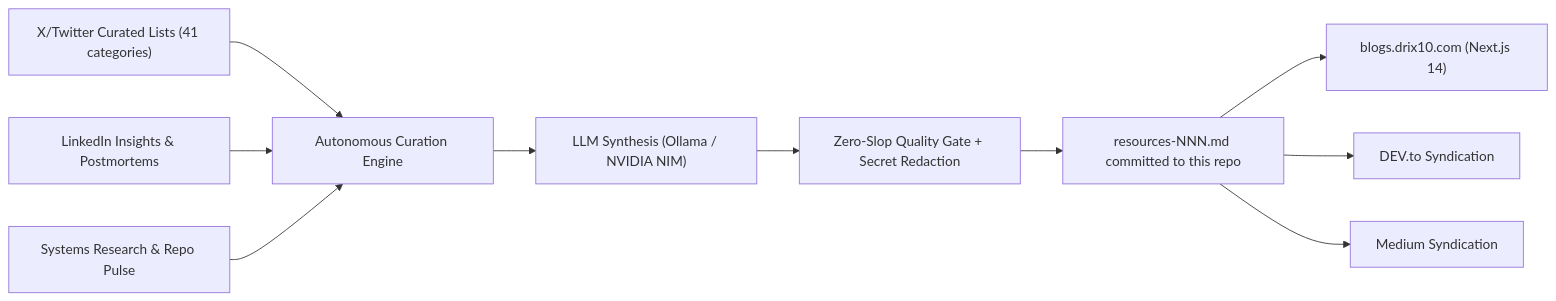
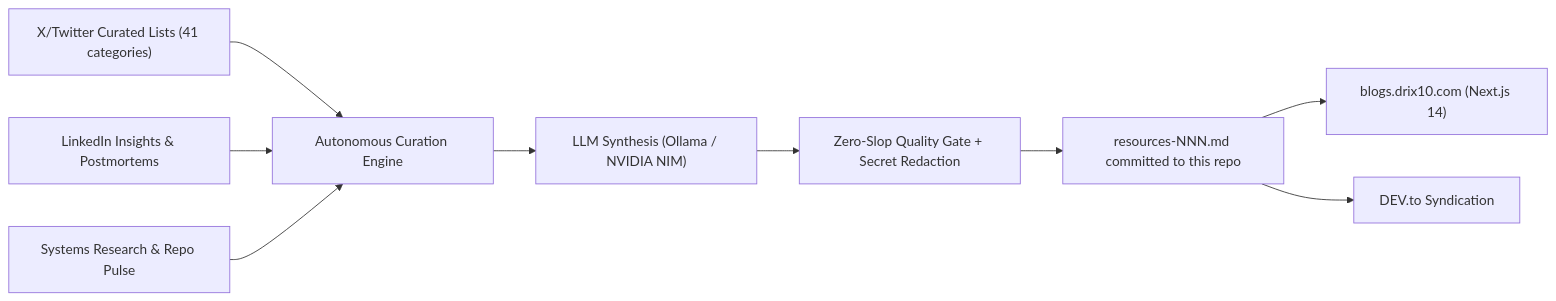
One commit to Drix10/ai-resources changed the diagram in README.md. Above: the diagram before and after it, drawn with Mermaid. The commit also changed other lines of this file, not shown here.

````diff
--- a/README.md
+++ b/README.md
@@ -63,12 +63,11 @@
 ```mermaid
 flowchart LR
     A["X/Twitter Curated Lists (41 categories)"] --> D["Autonomous Curation Engine"]
     B["LinkedIn Insights & Postmortems"] --> D
     C["Systems Research & Repo Pulse"] --> D
     D --> E["LLM Synthesis (Ollama / NVIDIA NIM)"]
     E --> F["Zero-Slop Quality Gate + Secret Redaction"]
     F --> G["resources-NNN.md committed to this repo"]
     G --> H["blogs.drix10.com (Next.js 14)"]
     G --> I["DEV.to Syndication"]
-    G --> J["Medium Syndication"]
 ```
````
